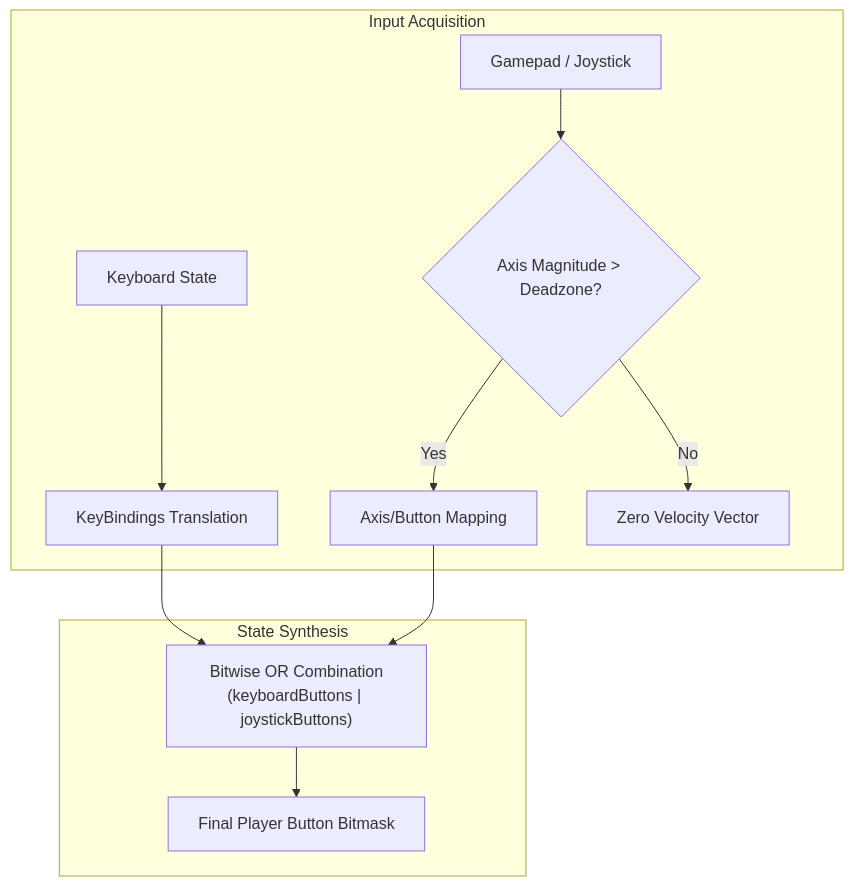
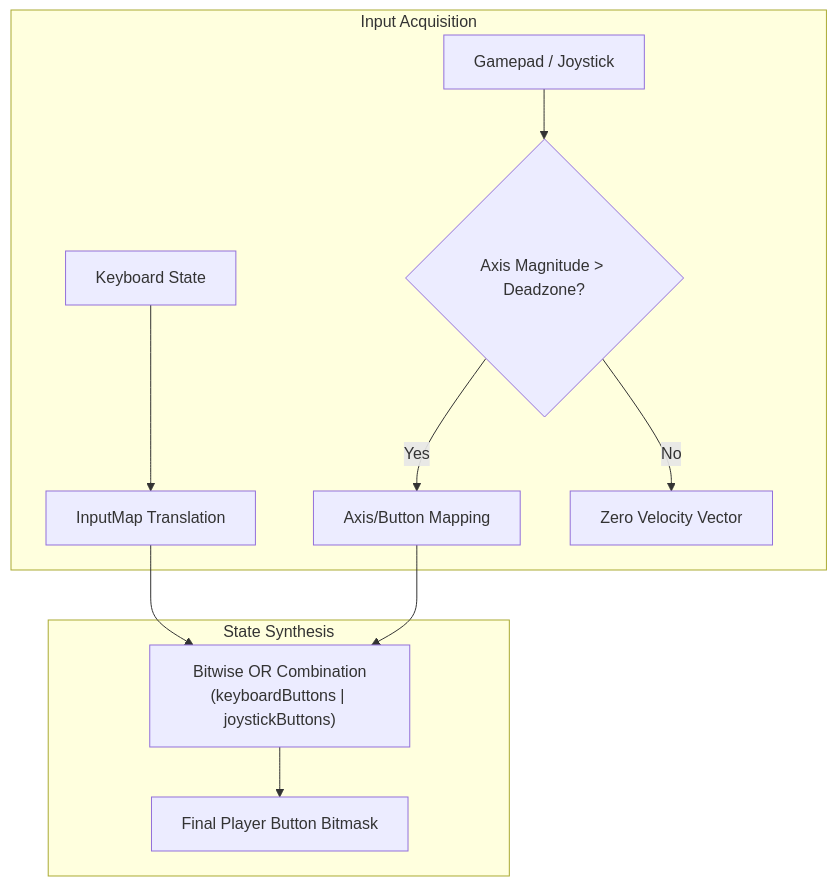
Before and after one commit to noambouillet/rtype: the second of 3 diagrams in docs/accessibility_study.md, drawn with Mermaid. The commit also changed other lines of this file and 2 other files, not shown here.

Commit message:
docs: document the engine SFML backends and the input module

````diff
--- a/docs/accessibility_study.md
+++ b/docs/accessibility_study.md
@@ -64,15 +64,15 @@
 ```mermaid
 flowchart TD
     subgraph Input Acquisition
-        KB[Keyboard State] --> KBParse[KeyBindings Translation]
+        KB[Keyboard State] --> KBParse[InputMap Translation]
         JS[Gamepad / Joystick] --> DZ{Axis Magnitude > Deadzone?}
         DZ -- Yes --> JSParse[Axis/Button Mapping]
         DZ -- No --> DeadzoneZero[Zero Velocity Vector]
     end
 
     subgraph State Synthesis
         KBParse --> BitwiseOR["Bitwise OR Combination<br/>(keyboardButtons | joystickButtons)"]
         JSParse --> BitwiseOR
         BitwiseOR --> Out[Final Player Button Bitmask]
     end
 ```
````
